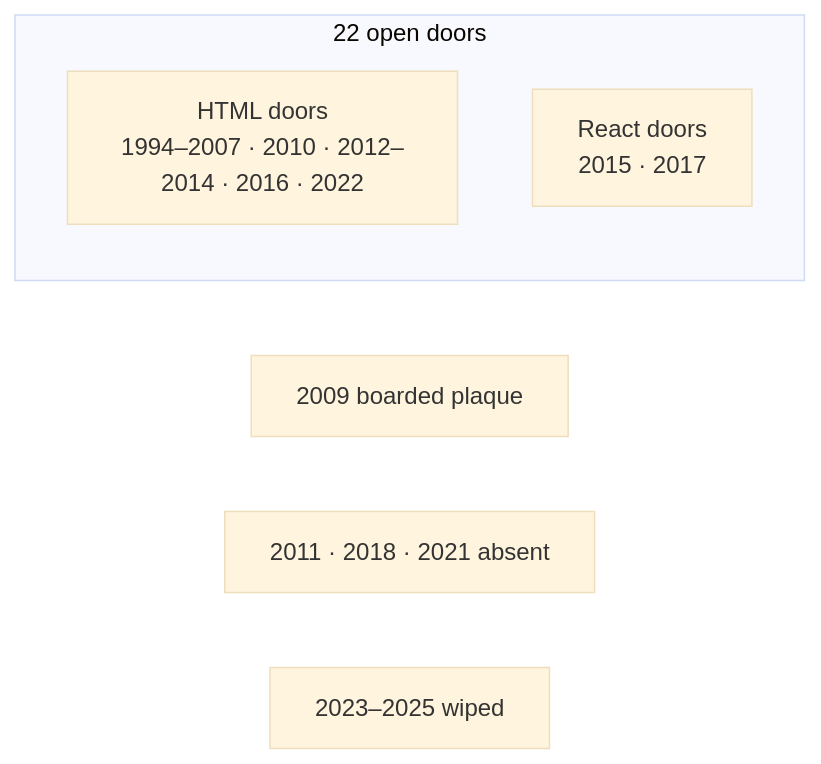
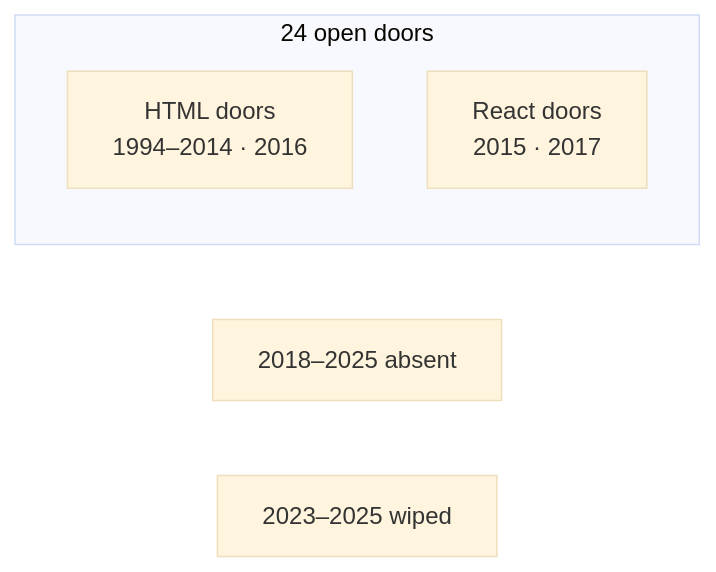
Before and after one commit to sourabhligade/internet-through-time: the second of 5 diagrams in docs/FLOW-CHECK-DIAGRAM.md, drawn with Mermaid (base theme). The commit also changed other lines of this file and 1247 other files, not shown here.

````diff
--- a/docs/FLOW-CHECK-DIAGRAM.md
+++ b/docs/FLOW-CHECK-DIAGRAM.md
@@ -43,10 +46,9 @@
 ```mermaid
 flowchart LR
- subgraph PLAY["22 open doors"]
- HTML["HTML doors<br/>1994–2007 · 2010 · 2012–2014 · 2016 · 2022"]
+ subgraph PLAY["24 open doors"]
+ HTML["HTML doors<br/>1994–2014 · 2016"]
  REACT["React doors<br/>2015 · 2017"]
  end
- BOARD["2009 boarded plaque"]
- ABSENT["2011 · 2018 · 2021 absent"]
+ ABSENT["2018–2025 absent"]
  WIPE["2023–2025 wiped"]
 ```
````
